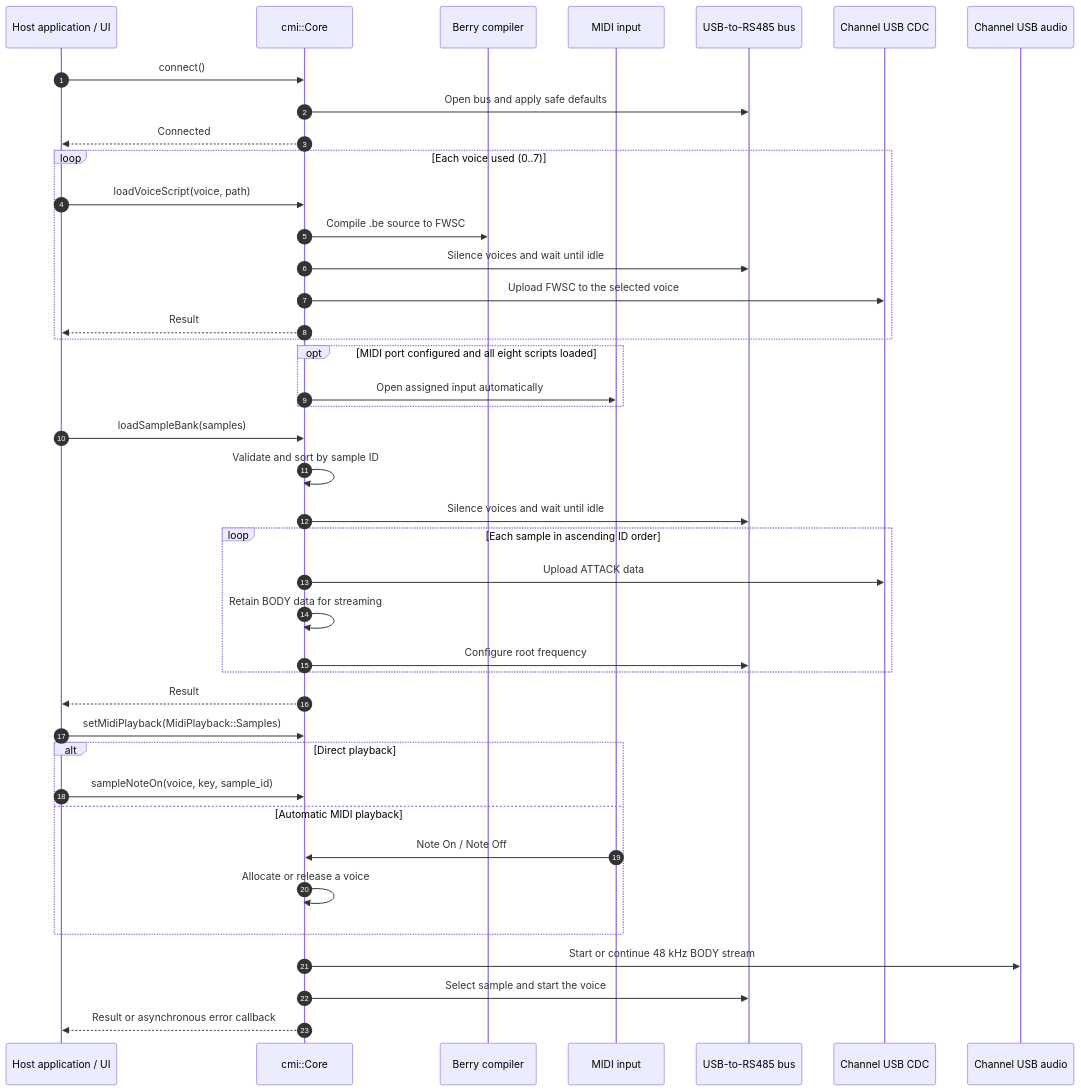
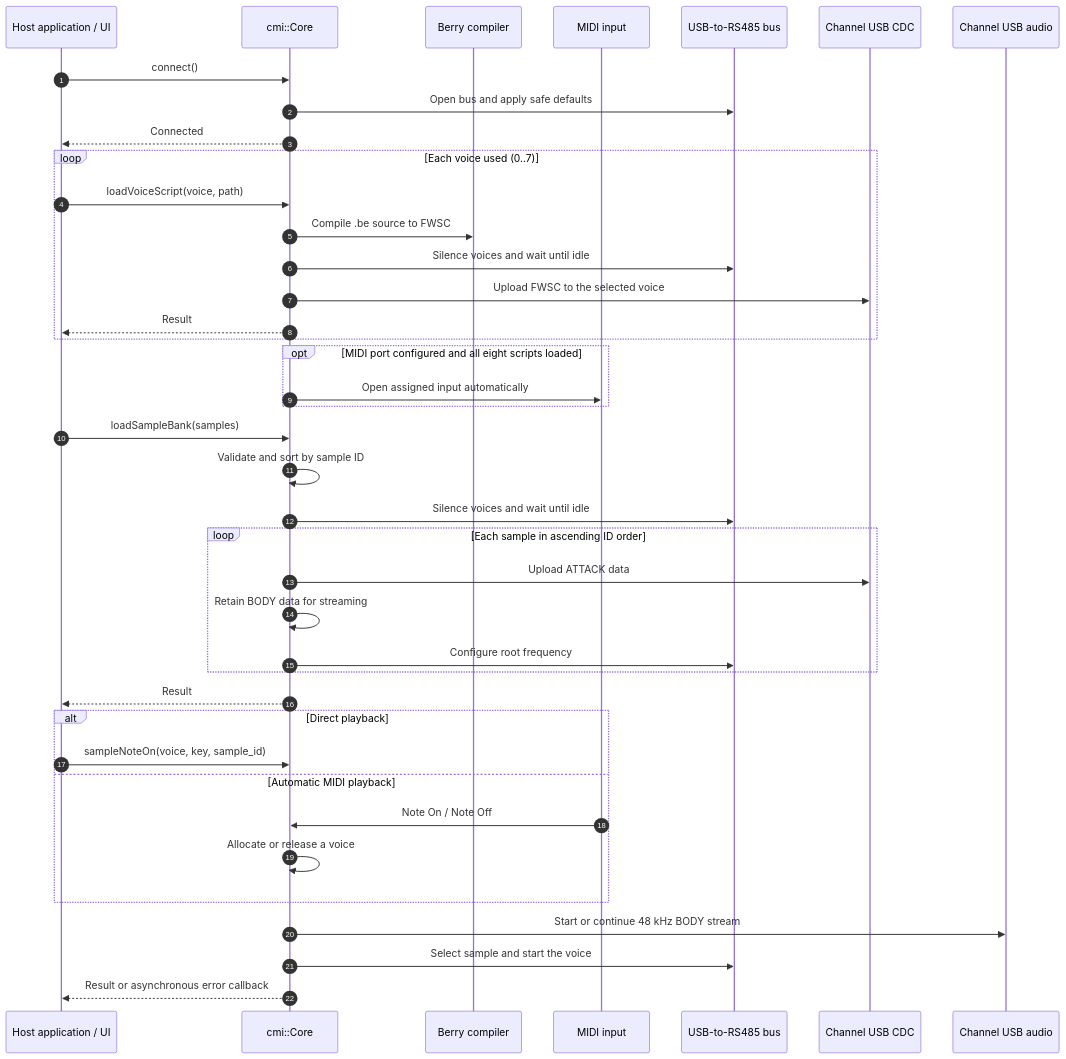
One commit to narendrabhatt-freshwater/firmware changed the second of 2 diagrams in cmi_core/README.md. Above: the diagram before and after it, drawn with Mermaid. The commit also changed other lines of this file and 64 other files, not shown here.

````diff
--- a/cmi_core/README.md
+++ b/cmi_core/README.md
@@ -48,48 +56,46 @@
 ```mermaid
 sequenceDiagram
     autonumber
     participant App as Host application / UI
     participant Core as cmi::Core
     participant Compiler as Berry compiler
     participant MIDI as MIDI input
     participant RS485 as USB-to-RS485 bus
     participant CDC as Channel USB CDC
     participant Audio as Channel USB audio
 
     App->>Core: connect()
     Core->>RS485: Open bus and apply safe defaults
     Core-->>App: Connected
 
     loop Each voice used (0..7)
         App->>Core: loadVoiceScript(voice, path)
         Core->>Compiler: Compile .be source to FWSC
         Core->>RS485: Silence voices and wait until idle
         Core->>CDC: Upload FWSC to the selected voice
         Core-->>App: Result
     end
 
     opt MIDI port configured and all eight scripts loaded
         Core->>MIDI: Open assigned input automatically
     end
 
     App->>Core: loadSampleBank(samples)
     Core->>Core: Validate and sort by sample ID
     Core->>RS485: Silence voices and wait until idle
     loop Each sample in ascending ID order
         Core->>CDC: Upload ATTACK data
         Core->>Core: Retain BODY data for streaming
         Core->>RS485: Configure root frequency
     end
     Core-->>App: Result
-    App->>Core: setMidiPlayback(MidiPlayback::Samples)
-
     alt Direct playback
         App->>Core: sampleNoteOn(voice, key, sample_id)
     else Automatic MIDI playback
         MIDI->>Core: Note On / Note Off
         Core->>Core: Allocate or release a voice
     end
     Core->>Audio: Start or continue 48 kHz BODY stream
     Core->>RS485: Select sample and start the voice
     Core-->>App: Result or asynchronous error callback
 ```
````
